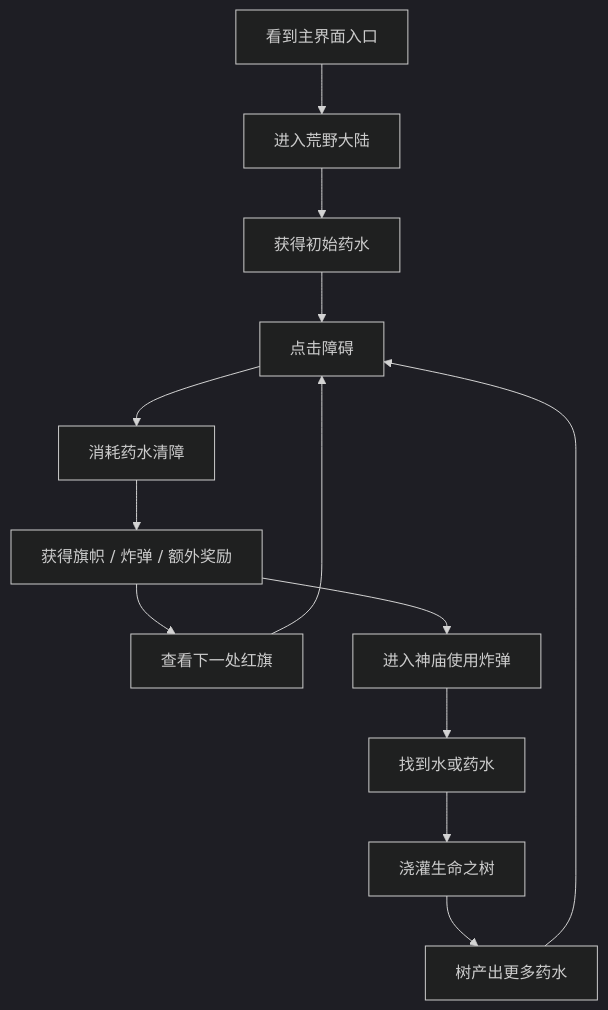
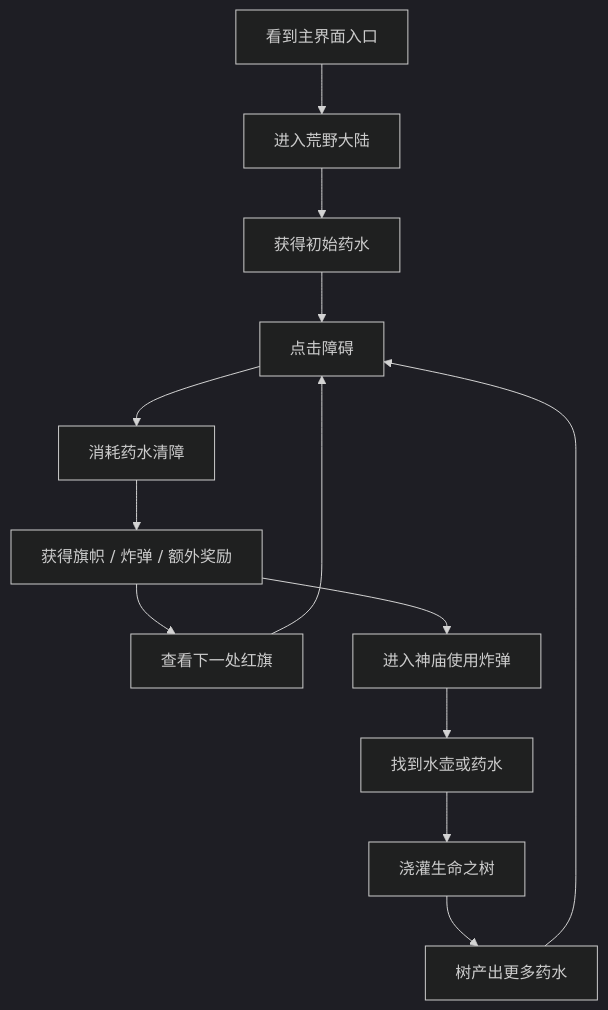
One commit to fantasticdzw/Coin-Master-Teardown changed the third of 8 diagrams in wildland-adventure-report.md. Above: the diagram before and after it, drawn with Mermaid (dark theme). The commit also changed other lines of this file, not shown here.

````diff
--- a/wildland-adventure-report.md
+++ b/wildland-adventure-report.md
@@ -150,15 +149,15 @@
 ```mermaid
 flowchart TD
     A[看到主界面入口] --> B[进入荒野大陆]
     B --> C[获得初始药水]
     C --> D[点击障碍]
     D --> E[消耗药水清障]
     E --> F[获得旗帜 / 炸弹 / 额外奖励]
     F --> G[查看下一处红旗]
     G --> D
     F --> H[进入神庙使用炸弹]
-    H --> I[找到水或药水]
+    H --> I[找到水壶或药水]
     I --> J[浇灌生命之树]
     J --> K[树产出更多药水]
     K --> D
 ```
````
